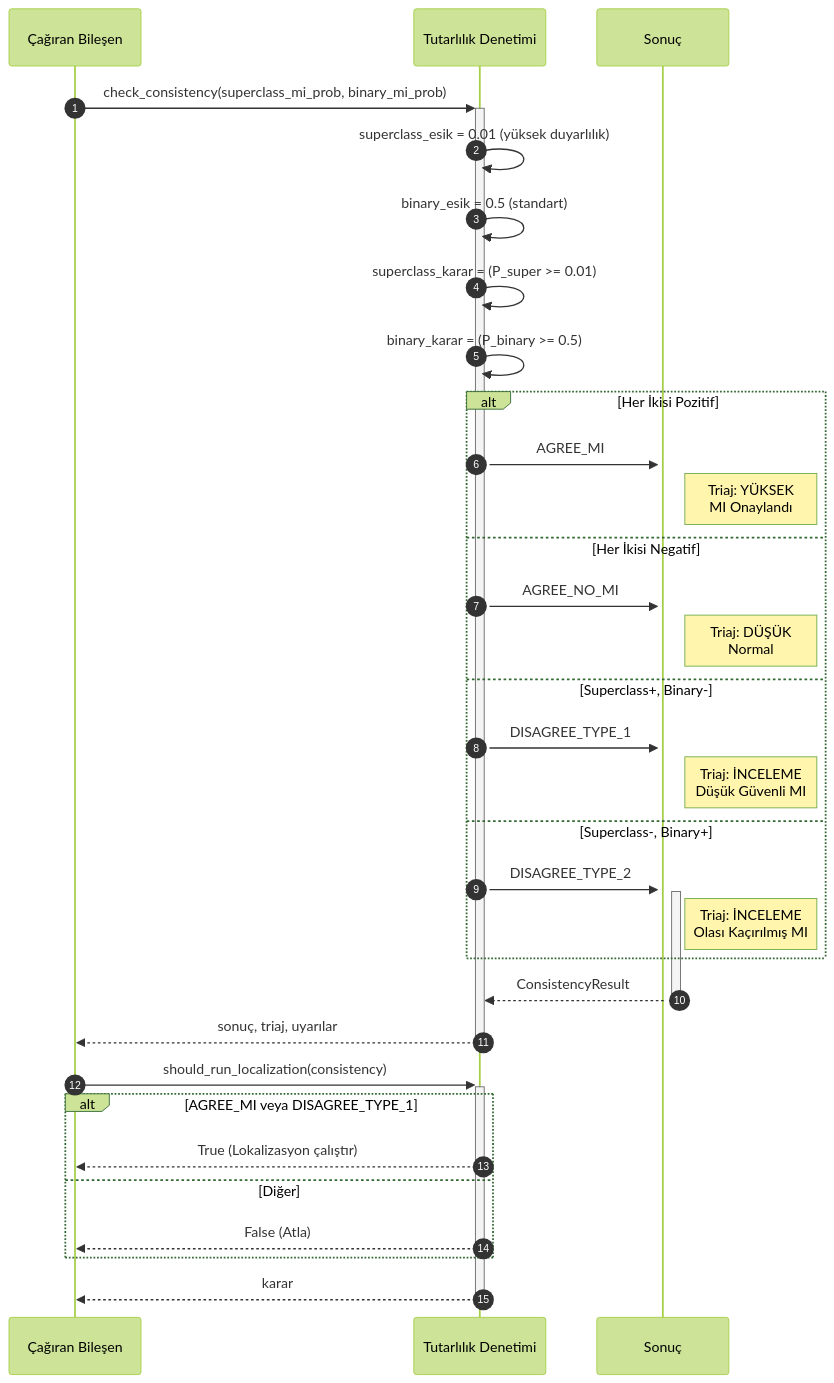
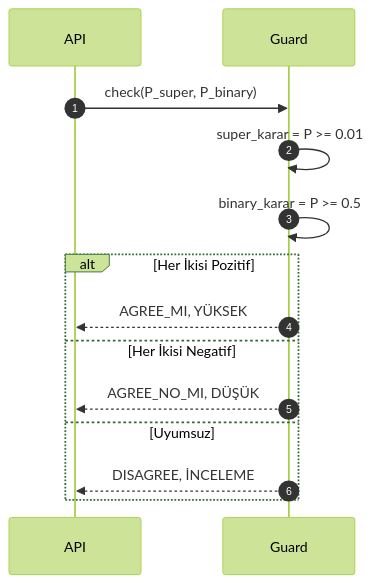
The third of 9 diagrams in docs/diagrams/06_sequence_diagram.md (mUsaulug/CardioGuard-AI), drawn with Mermaid (forest theme) before and after one commit. The commit also changed other lines of this file and 5 other files, not shown here.

````diff
--- a/docs/diagrams/06_sequence_diagram.md
+++ b/docs/diagrams/06_sequence_diagram.md
@@ -170,40 +124,19 @@
 ```mermaid
 sequenceDiagram
     autonumber
-    participant Caller as Çağıran Bileşen
-    participant Guard as Tutarlılık Denetimi
-    participant Result as Sonuç
+    participant API
+    participant Guard
     
-    Caller->>+Guard: check_consistency(superclass_mi_prob, binary_mi_prob)
+    API->>Guard: check(P_super, P_binary)
     
-    Guard->>Guard: superclass_esik = 0.01 (yüksek duyarlılık)
-    Guard->>Guard: binary_esik = 0.5 (standart)
-    
-    Guard->>Guard: superclass_karar = (P_super >= 0.01)
-    Guard->>Guard: binary_karar = (P_binary >= 0.5)
+    Guard->>Guard: super_karar = P >= 0.01
+    Guard->>Guard: binary_karar = P >= 0.5
     
     alt Her İkisi Pozitif
-        Guard->>+Result: AGREE_MI
-        Note right of Result: Triaj: YÜKSEK<br/>MI Onaylandı
+        Guard-->>API: AGREE_MI, YÜKSEK
     else Her İkisi Negatif
-        Guard->>+Result: AGREE_NO_MI
-        Note right of Result: Triaj: DÜŞÜK<br/>Normal
-    else Superclass+, Binary-
-        Guard->>+Result: DISAGREE_TYPE_1
-        Note right of Result: Triaj: İNCELEME<br/>Düşük Güvenli MI
-    else Superclass-, Binary+
-        Guard->>+Result: DISAGREE_TYPE_2
-        Note right of Result: Triaj: İNCELEME<br/>Olası Kaçırılmış MI
+        Guard-->>API: AGREE_NO_MI, DÜŞÜK
+    else Uyumsuz
+        Guard-->>API: DISAGREE, İNCELEME
     end
-    
-    Result-->>-Guard: ConsistencyResult
-    Guard-->>-Caller: sonuç, triaj, uyarılar
-    
-    Caller->>+Guard: should_run_localization(consistency)
-    alt AGREE_MI veya DISAGREE_TYPE_1
-        Guard-->>Caller: True (Lokalizasyon çalıştır)
-    else Diğer
-        Guard-->>Caller: False (Atla)
-    end
-    Guard-->>-Caller: karar
 ```
````
